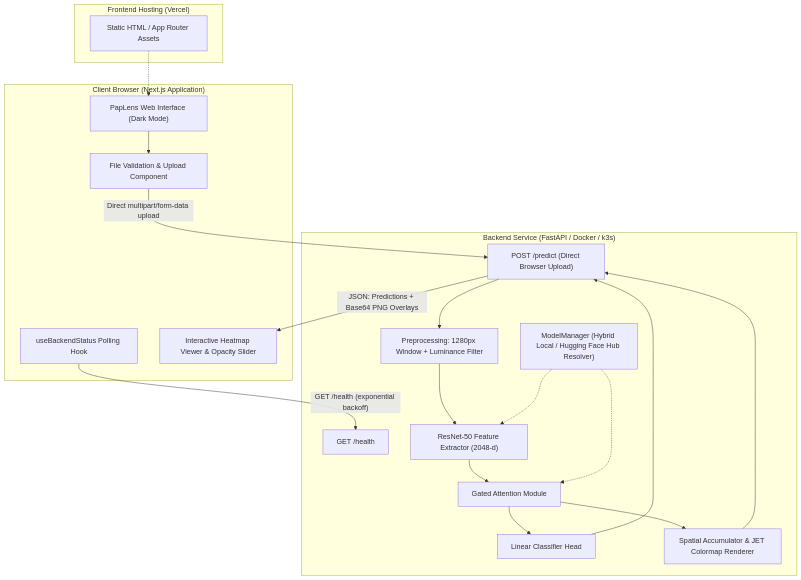
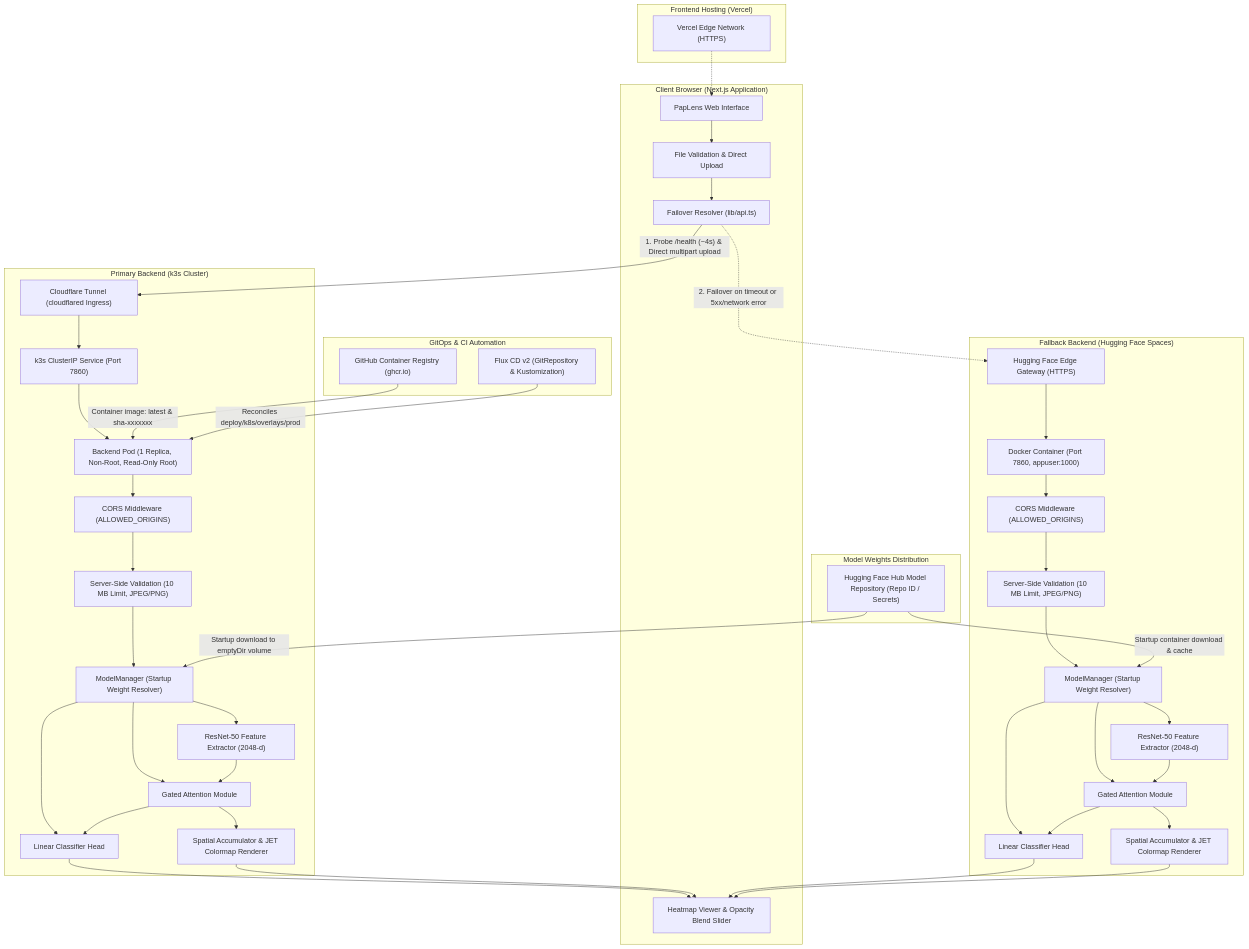
One commit to SabidMahmud/PapLens changed the diagram in README.md. Above: the diagram before and after it, drawn with Mermaid. The commit also changed other lines of this file and 47 other files, not shown here.

Commit message:
feat: add dual-deployment failover and refresh interface

````diff
--- a/README.md
+++ b/README.md
@@ -76,40 +116,88 @@
 ```mermaid
 flowchart TD
-    subgraph Client ["Client Browser (Next.js Application)"]
-        UI["PapLens Web Interface (Dark Mode)"]
-        Uploader["File Validation & Upload Component"]
-        StatusHook["useBackendStatus Polling Hook"]
-        HeatmapUI["Interactive Heatmap Viewer & Opacity Slider"]
+    subgraph ClientLayer ["Client Browser (Next.js Application)"]
+        UI["PapLens Web Interface"]
+        FailoverResolver["Failover Resolver (lib/api.ts)"]
+        Uploader["File Validation & Direct Upload"]
+        HeatmapUI["Heatmap Viewer & Opacity Blend Slider"]
     end
 
-    subgraph Vercel ["Frontend Hosting (Vercel)"]
-        NextStatic["Static HTML / App Router Assets"]
+    subgraph FrontendHosting ["Frontend Hosting (Vercel)"]
+        VercelCDN["Vercel Edge Network (HTTPS)"]
     end
 
-    subgraph BackendAPI ["Backend Service (FastAPI / Docker / k3s)"]
-        HealthEndpoint["GET /health"]
-        PredictEndpoint["POST /predict (Direct Browser Upload)"]
-        PreprocessModule["Preprocessing: 1280px Window + Luminance Filter"]
-        BackboneModule["ResNet-50 Feature Extractor (2048-d)"]
-        AttentionModule["Gated Attention Module"]
-        ClassifierModule["Linear Classifier Head"]
-        HeatmapModule["Spatial Accumulator & JET Colormap Renderer"]
-        ModelManager["ModelManager (Hybrid Local / Hugging Face Hub Resolver)"]
+    subgraph PrimaryBackend ["Primary Backend (k3s Cluster)"]
+        CFTunnel["Cloudflare Tunnel (cloudflared Ingress)"]
+        K8sService["k3s ClusterIP Service (Port 7860)"]
+        K8sPod["Backend Pod (1 Replica, Non-Root, Read-Only Root)"]
+        K8sCORS["CORS Middleware (ALLOWED_ORIGINS)"]
+        K8sValidation["Server-Side Validation (10 MB Limit, JPEG/PNG)"]
+        K8sModelManager["ModelManager (Startup Weight Resolver)"]
+        K8sBackbone["ResNet-50 Feature Extractor (2048-d)"]
+        K8sAttention["Gated Attention Module"]
+        K8sClassifier["Linear Classifier Head"]
+        K8sHeatmap["Spatial Accumulator & JET Colormap Renderer"]
     end
 
+    subgraph FallbackBackend ["Fallback Backend (Hugging Face Spaces)"]
+        HFGateway["Hugging Face Edge Gateway (HTTPS)"]
+        HFContainer["Docker Container (Port 7860, appuser:1000)"]
+        HFCORS["CORS Middleware (ALLOWED_ORIGINS)"]
+        HFValidation["Server-Side Validation (10 MB Limit, JPEG/PNG)"]
+        HFModelManager["ModelManager (Startup Weight Resolver)"]
+        HFBackbone["ResNet-50 Feature Extractor (2048-d)"]
+        HFAttention["Gated Attention Module"]
+        HFClassifier["Linear Classifier Head"]
+        HFHeatmap["Spatial Accumulator & JET Colormap Renderer"]
+    end
+
+    subgraph ModelStorage ["Model Weights Distribution"]
+        HFHub["Hugging Face Hub Model Repository (Repo ID / Secrets)"]
+    end
+
+    subgraph GitOpsDeploy ["GitOps & CI Automation"]
+        GHCR["GitHub Container Registry (ghcr.io)"]
+        FluxCD["Flux CD v2 (GitRepository & Kustomization)"]
+    end
+
+    VercelCDN -.-> UI
     UI --> Uploader
-    Uploader -- "Direct multipart/form-data upload" --> PredictEndpoint
-    StatusHook -- "GET /health (exponential backoff)" --> HealthEndpoint
-    NextStatic -.-> UI
+    Uploader --> FailoverResolver
 
-    PredictEndpoint --> PreprocessModule
-    PreprocessModule --> BackboneModule
-    BackboneModule --> AttentionModule
-    AttentionModule --> ClassifierModule
-    AttentionModule --> HeatmapModule
-    ClassifierModule --> PredictEndpoint
-    HeatmapModule --> PredictEndpoint
-    PredictEndpoint -- "JSON: Predictions + Base64 PNG Overlays" --> HeatmapUI
-    ModelManager -.-> BackboneModule
-    ModelManager -.-> AttentionModule
+    %% Primary execution flow
+    FailoverResolver -- "1. Probe /health (~4s) & Direct multipart upload" --> CFTunnel
+    CFTunnel --> K8sService
+    K8sService --> K8sPod
+    K8sPod --> K8sCORS
+    K8sCORS --> K8sValidation
+    K8sValidation --> K8sModelManager
+    K8sModelManager --> K8sBackbone
+    K8sModelManager --> K8sAttention
+    K8sModelManager --> K8sClassifier
+    K8sBackbone --> K8sAttention
+    K8sAttention --> K8sClassifier
+    K8sAttention --> K8sHeatmap
+    K8sClassifier & K8sHeatmap --> HeatmapUI
+
+    %% Failover execution flow
+    FailoverResolver -. "2. Failover on timeout or 5xx/network error" .-> HFGateway
+    HFGateway --> HFContainer
+    HFContainer --> HFCORS
+    HFCORS --> HFValidation
+    HFValidation --> HFModelManager
+    HFModelManager --> HFBackbone
+    HFModelManager --> HFAttention
+    HFModelManager --> HFClassifier
+    HFBackbone --> HFAttention
+    HFAttention --> HFClassifier
+    HFAttention --> HFHeatmap
+    HFClassifier & HFHeatmap --> HeatmapUI
+
+    %% Weights distribution
+    HFHub -- "Startup download to emptyDir volume" --> K8sModelManager
+    HFHub -- "Startup container download & cache" --> HFModelManager
+
+    %% GitOps reconciliation
+    GHCR -- "Container image: latest & sha-xxxxxxx" --> K8sPod
+    FluxCD -- "Reconciles deploy/k8s/overlays/prod" --> K8sPod
 ```
````
